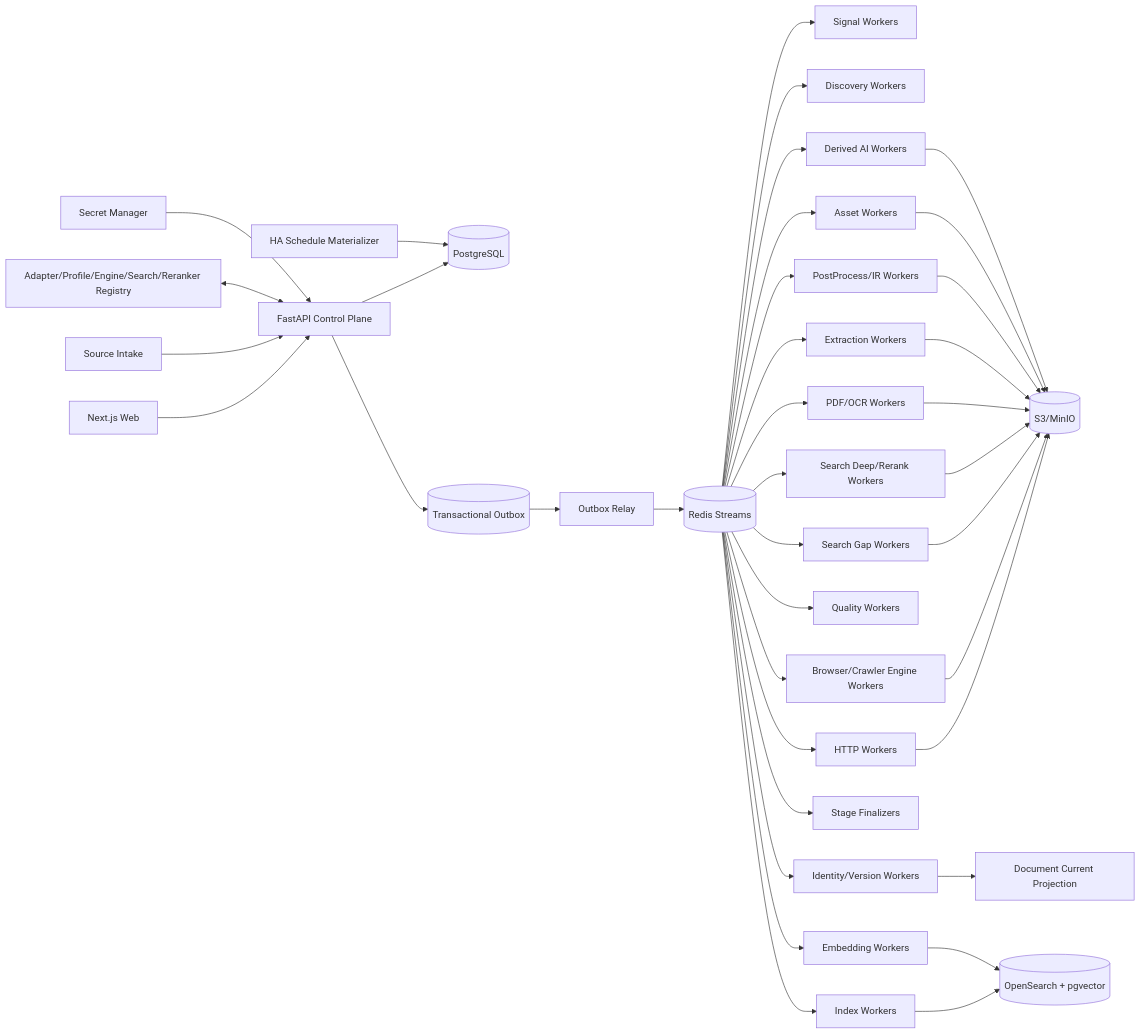
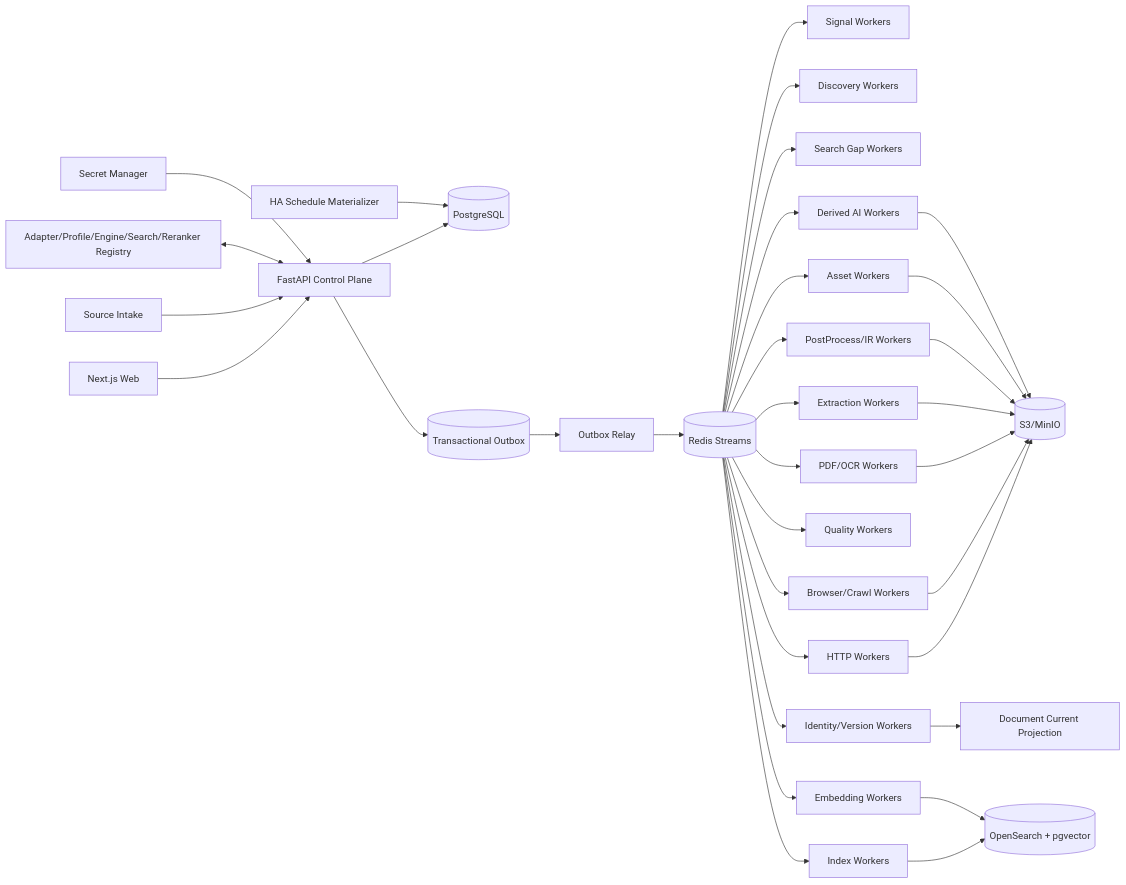
Before and after one commit to WorkerXu/my-doc: the diagram in 博客知识库技术方案.md, drawn with Mermaid. The commit also changed other lines of this file, not shown here.

````diff
--- a/博客知识库技术方案.md
+++ b/博客知识库技术方案.md
@@ -90,44 +79,40 @@
 ```mermaid
 flowchart LR
     UI[Next.js Web] --> API[FastAPI Control Plane]
     SI[Source Intake] --> API
     API --> PG[(PostgreSQL)]
     API --> OUT[(Transactional Outbox)]
     SCH[HA Schedule Materializer] --> PG
     REG[Adapter/Profile/Engine/Search/Reranker Registry] <--> API
     SEC[Secret Manager] --> API
 
     OUT --> RELAY[Outbox Relay]
     RELAY --> Q[(Redis Streams)]
 
     Q --> SG[Signal Workers]
     Q --> DW[Discovery Workers]
     Q --> SW[Search Gap Workers]
-    Q --> SD[Search Deep/Rerank Workers]
     Q --> HF[HTTP Workers]
-    Q --> BW[Browser/Crawler Engine Workers]
+    Q --> BW[Browser/Crawl Workers]
     Q --> PDF[PDF/OCR Workers]
     Q --> EX[Extraction Workers]
     Q --> PP[PostProcess/IR Workers]
     Q --> QV[Quality Workers]
     Q --> ID[Identity/Version Workers]
     Q --> AW[Asset Workers]
-    Q --> FIN[Stage Finalizers]
     Q --> IX[Index Workers]
     Q --> EW[Embedding Workers]
     Q --> AI[Derived AI Workers]
 
     HF --> OBJ[(S3/MinIO)]
     BW --> OBJ
-    SW --> OBJ
-    SD --> OBJ
     PDF --> OBJ
     EX --> OBJ
     PP --> OBJ
     AW --> OBJ
     AI --> OBJ
 
     ID --> CUR[Document Current Projection]
     IX --> SEARCH[(OpenSearch + pgvector)]
     EW --> SEARCH
 ```
````
